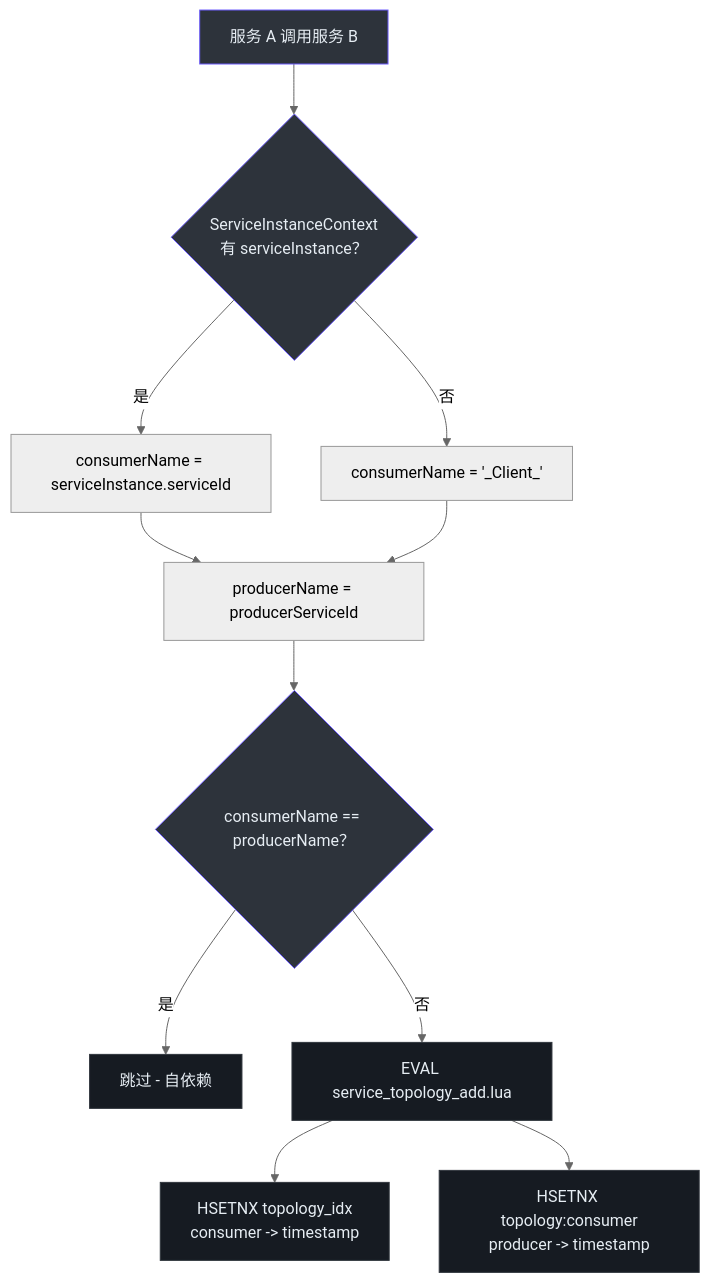
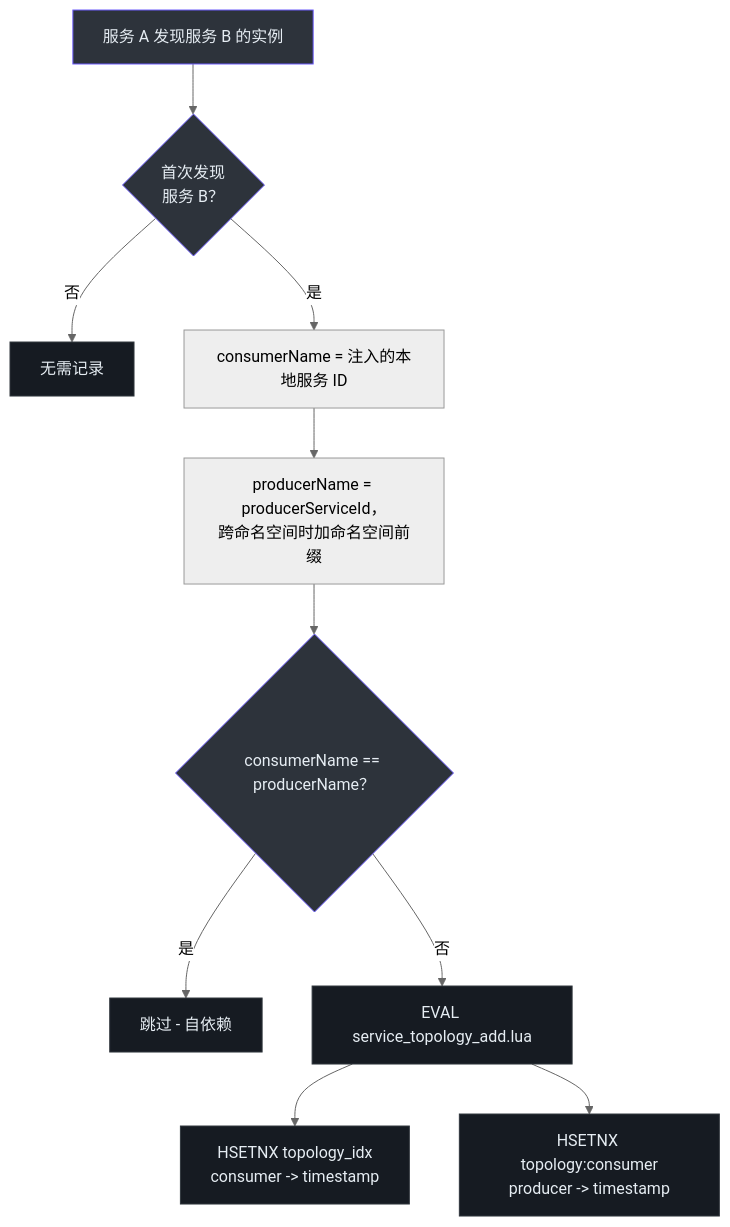
Before and after one commit to Ahoo-Wang/CoSky: the first of 5 diagrams in wiki/zh/guide/service-topology.md, drawn with Mermaid (neutral theme). The commit also changed other lines of this file and 201 other files, not shown here.

First line of the commit message:
Architecture & quality overhaul: consistent caches, Lua modularization, expiry reaping, security hardening (#985)

````diff
--- a/wiki/zh/guide/service-topology.md
+++ b/wiki/zh/guide/service-topology.md
@@ -52,21 +57,21 @@
 ```mermaid
 flowchart TD
-    A[服务 A 调用服务 B] --> B{ServiceInstanceContext<br>有 serviceInstance？}
-    B -->|是| C[consumerName = serviceInstance.serviceId]
-    B -->|否| D["consumerName = '_Client_'"]
-    C --> E[producerName = producerServiceId]
-    D --> E
+    A[服务 A 发现服务 B 的实例] --> B{首次发现<br>服务 B？}
+    B -->|否| Z[无需记录]
+    B -->|是| C[consumerName = 注入的本地服务 ID]
+    C --> E[producerName = producerServiceId，<br>跨命名空间时加命名空间前缀]
     E --> F{consumerName == producerName？}
     F -->|是| G[跳过 - 自依赖]
     F -->|否| H[EVAL service_topology_add.lua]
     H --> I[HSETNX topology_idx<br>consumer -> timestamp]
     H --> J[HSETNX topology:consumer<br>producer -> timestamp]
 
     style A fill:#2d333b,stroke:#6d5dfc,color:#e6edf3
     style B fill:#2d333b,stroke:#6d5dfc,color:#e6edf3
+    style Z fill:#161b22,stroke:#30363d,color:#e6edf3
     style F fill:#2d333b,stroke:#6d5dfc,color:#e6edf3
     style G fill:#161b22,stroke:#30363d,color:#e6edf3
     style H fill:#161b22,stroke:#30363d,color:#e6edf3
     style I fill:#161b22,stroke:#30363d,color:#e6edf3
     style J fill:#161b22,stroke:#30363d,color:#e6edf3
 ```
````
